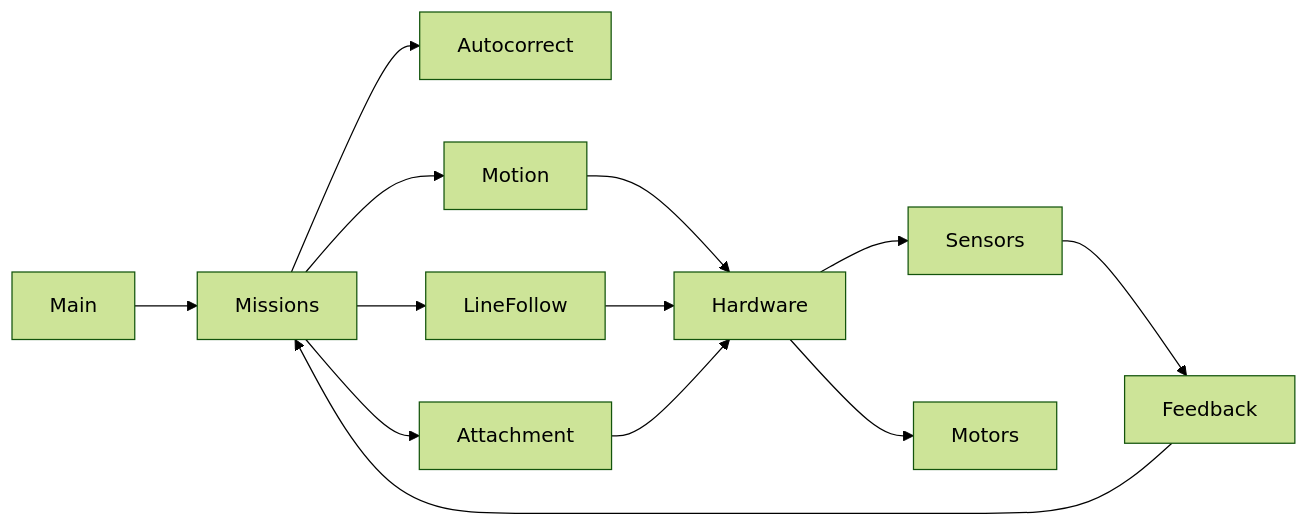
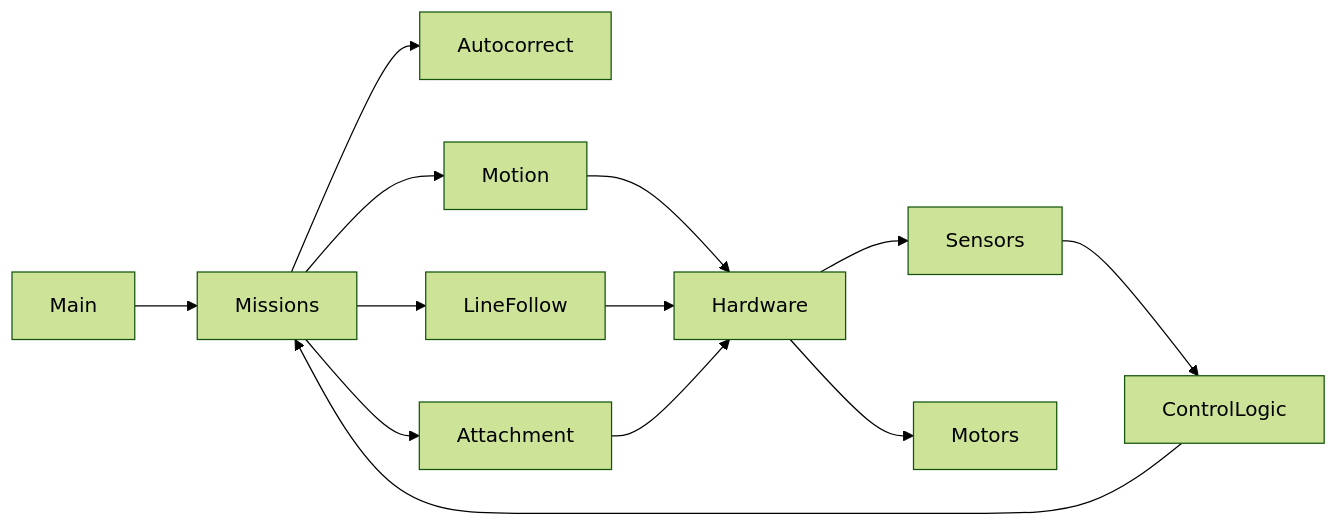
One commit to avspavan/fll_2025 changed the diagram in docs/flowcharts/data_flow.mmd. Above: the diagram before and after it, drawn with Mermaid (forest theme). The commit also changed 14 other files, not shown here.

```diff
--- a/docs/flowcharts/data_flow.mmd
+++ b/docs/flowcharts/data_flow.mmd
@@ -1,12 +1,13 @@
 flowchart LR
   Main --> Missions
   Missions --> Autocorrect
   Missions --> Motion
   Missions --> LineFollow
   Missions --> Attachment
   Motion --> Hardware
   LineFollow --> Hardware
   Attachment --> Hardware
   Hardware --> Sensors
   Hardware --> Motors
-  Sensors --> Feedback --> Missions
+  Sensors --> ControlLogic
+  ControlLogic --> Missions
```
